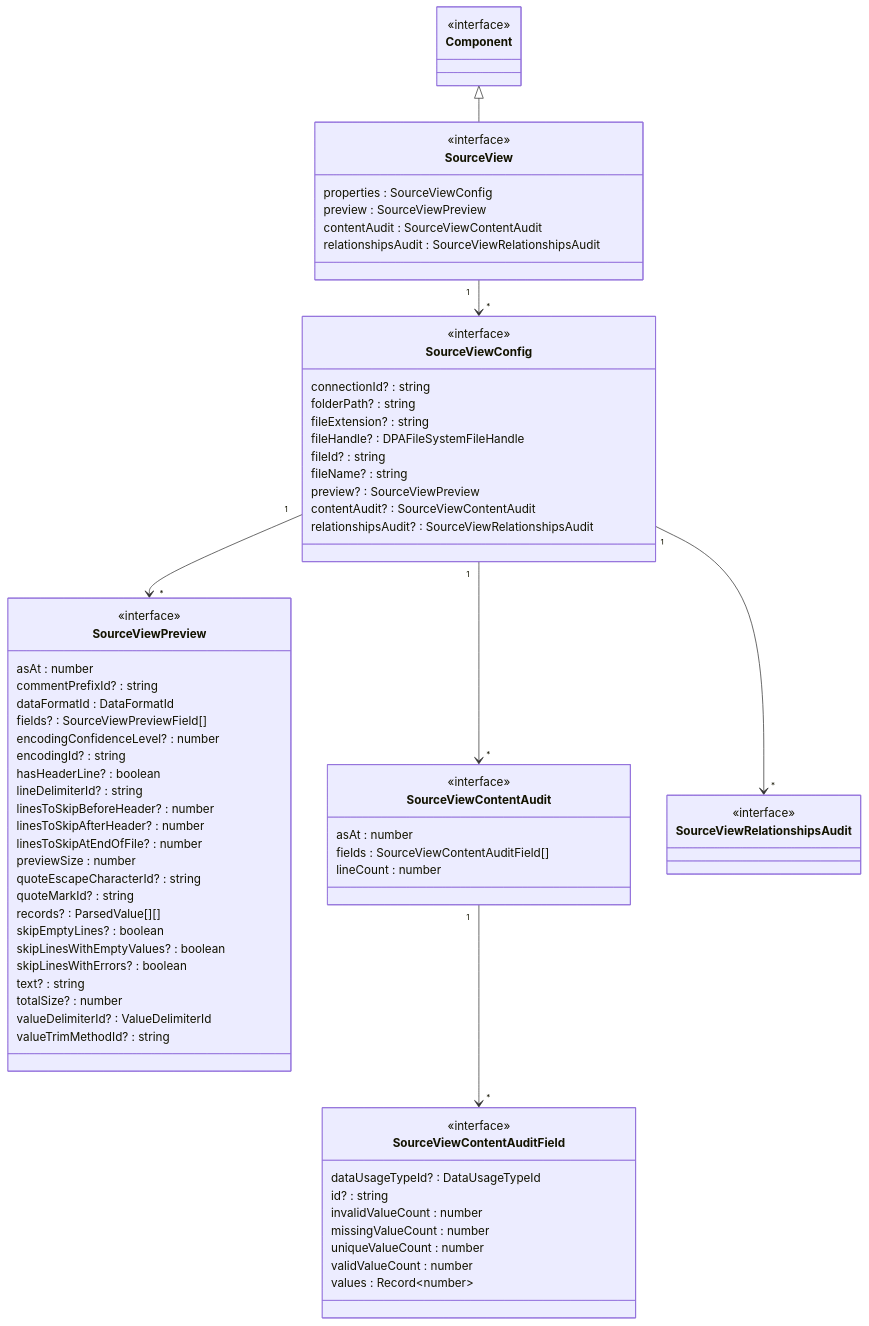
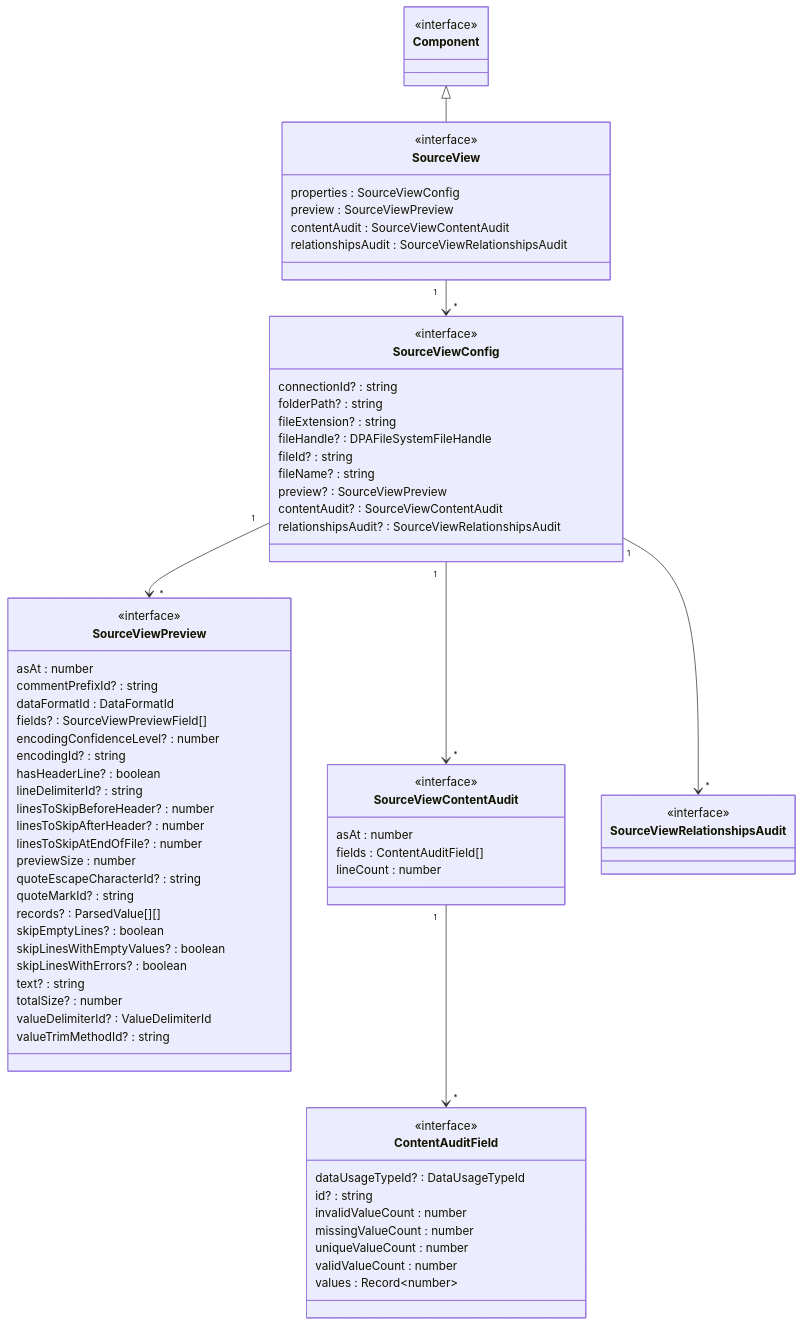
One commit to data-positioning/datapos-shared changed diagram 18 of 22 in README.md. Above: the diagram before and after it, drawn with Mermaid. The commit also changed 5 other files, not shown here.

```diff
--- a/README.md
+++ b/README.md
@@ -660,21 +660,21 @@
     class SourceViewContentAudit {
         <<interface>>
         asAt : number
-        fields : SourceViewContentAuditField[]
+        fields : ContentAuditField[]
         lineCount : number
     }
 
-    SourceViewContentAudit "1" --> "*" SourceViewContentAuditField
+    SourceViewContentAudit "1" --> "*" ContentAuditField
 
     %%class SourceViewPreviewField {
     %%    <<interface>>
     %%}
 
-    %%SourceViewPreviewField <|-- SourceViewContentAuditField
+    %%SourceViewPreviewField <|-- ContentAuditField
 
     %%SourceViewPreview "1" --> "*" SourceViewPreviewField
 
-    class SourceViewContentAuditField {
+    class ContentAuditField {
         <<interface>>
         dataUsageTypeId? : DataUsageTypeId
         id? : string
```
